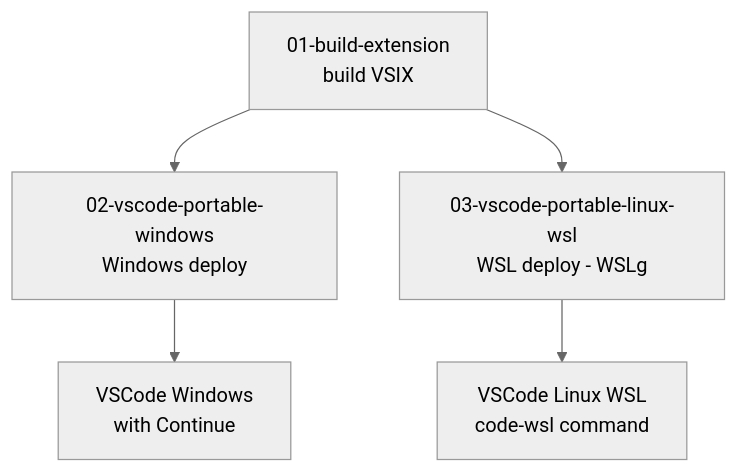
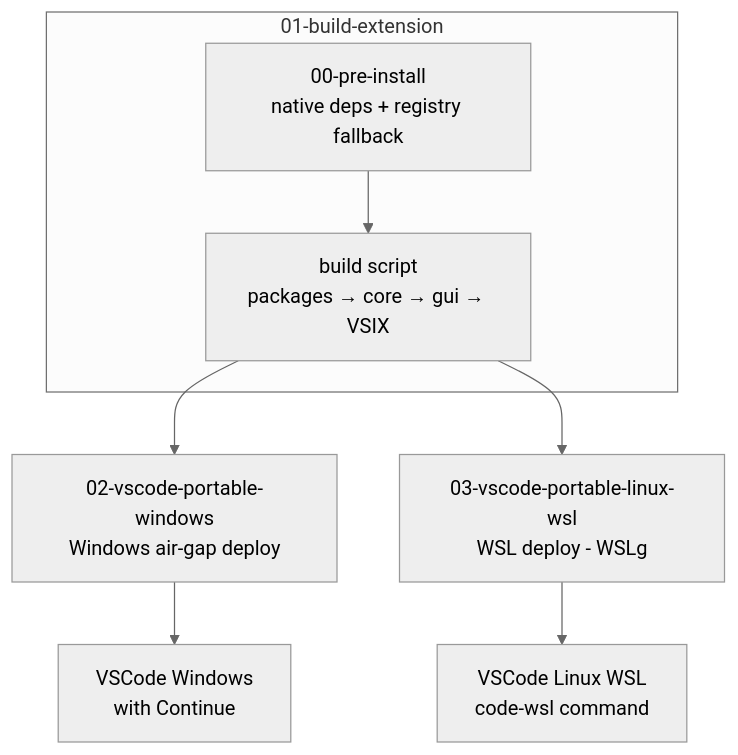
Before and after one commit to thanhnnict/continue: the first of 3 diagrams in deploy/README.md, drawn with Mermaid (neutral theme). The commit also changed other lines of this file and 7 other files, not shown here.

First line of the commit message:
fix(build): fix prepackage hang, add registry fallback, update docs

````diff
--- a/deploy/README.md
+++ b/deploy/README.md
@@ -20,7 +27,13 @@
 ```mermaid
 flowchart TD
-    A[01-build-extension\nbuild VSIX] --> B[02-vscode-portable-windows\nWindows deploy]
-    A --> C[03-vscode-portable-linux-wsl\nWSL deploy - WSLg]
-    B --> D[VSCode Windows\nwith Continue]
-    C --> E[VSCode Linux WSL\ncode-wsl command]
+    subgraph "01-build-extension"
+        PRE[00-pre-install\nnative deps + registry fallback]
+        BUILD[build script\npackages → core → gui → VSIX]
+        PRE --> BUILD
+    end
+
+    BUILD --> W[02-vscode-portable-windows\nWindows air-gap deploy]
+    BUILD --> L[03-vscode-portable-linux-wsl\nWSL deploy - WSLg]
+    W --> WR[VSCode Windows\nwith Continue]
+    L --> LR[VSCode Linux WSL\ncode-wsl command]
 ```
````
